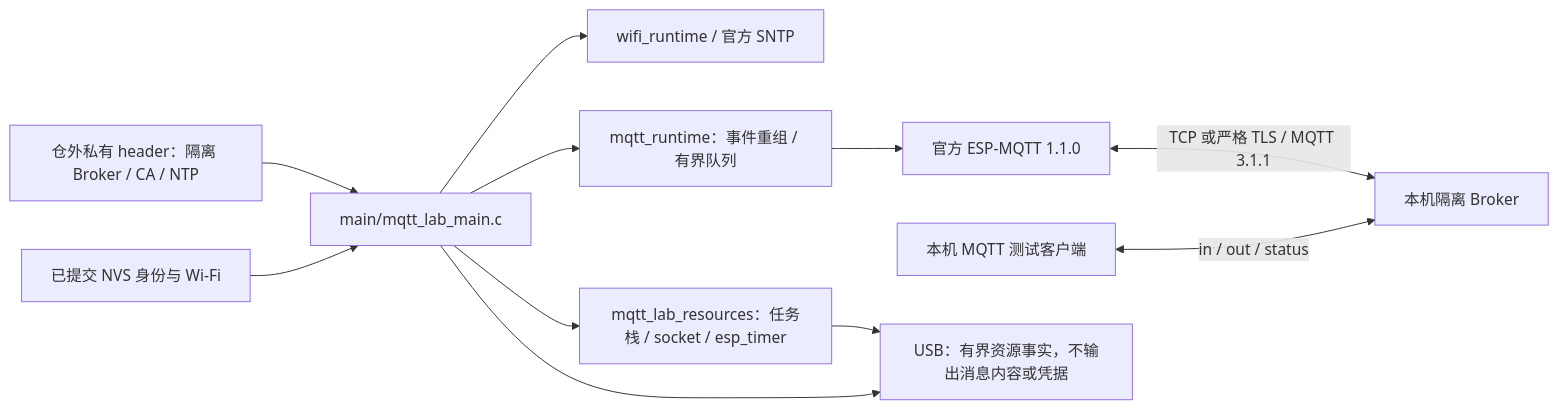
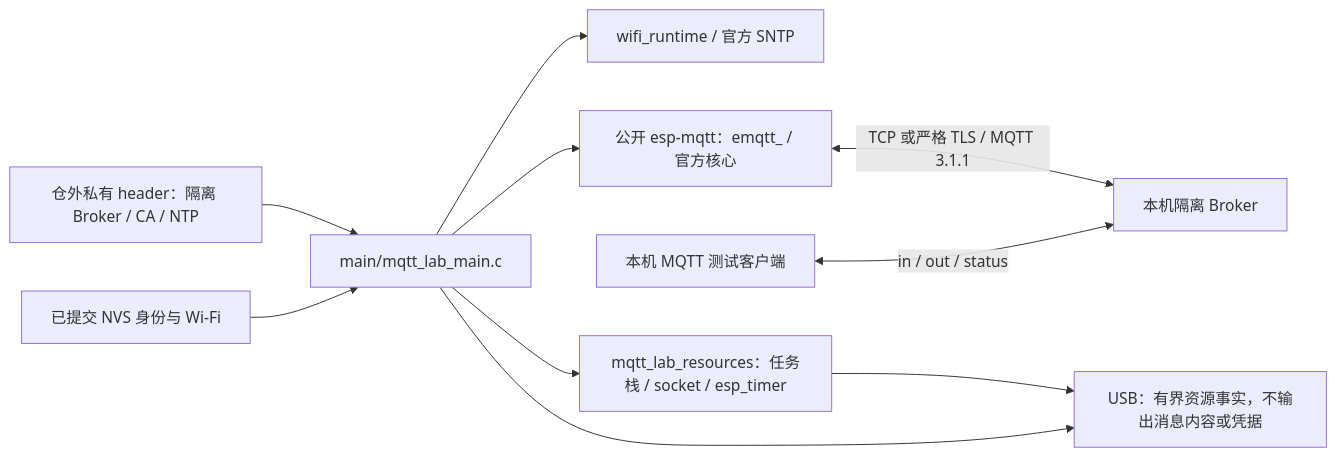
One commit to darren-you/esp-base changed the diagram in firmware/apps/mqtt_integration/README.md. Above: the diagram before and after it, drawn with Mermaid. The commit also changed other lines of this file and 28 other files, not shown here.

````diff
--- a/firmware/apps/mqtt_integration/README.md
+++ b/firmware/apps/mqtt_integration/README.md
@@ -7,13 +7,12 @@
 ```mermaid
 flowchart LR
     input["仓外私有 header：隔离 Broker / CA / NTP"] --> app["main/mqtt_lab_main.c"]
     store["已提交 NVS 身份与 Wi-Fi"] --> app
     app --> wifi["wifi_runtime / 官方 SNTP"]
-    app --> runtime["mqtt_runtime：事件重组 / 有界队列"]
-    runtime --> sdk["官方 ESP-MQTT 1.1.0"]
-    sdk <-->|"TCP 或严格 TLS / MQTT 3.1.1"| broker["本机隔离 Broker"]
+    app --> runtime["公开 esp-mqtt：emqtt_ / 官方核心"]
+    runtime <-->|"TCP 或严格 TLS / MQTT 3.1.1"| broker["本机隔离 Broker"]
     test["本机 MQTT 测试客户端"] <-->|"in / out / status"| broker
     app --> resources["mqtt_lab_resources：任务栈 / socket / esp_timer"]
     resources --> usb["USB：有界资源事实，不输出消息内容或凭据"]
     app --> usb
 ```
````
